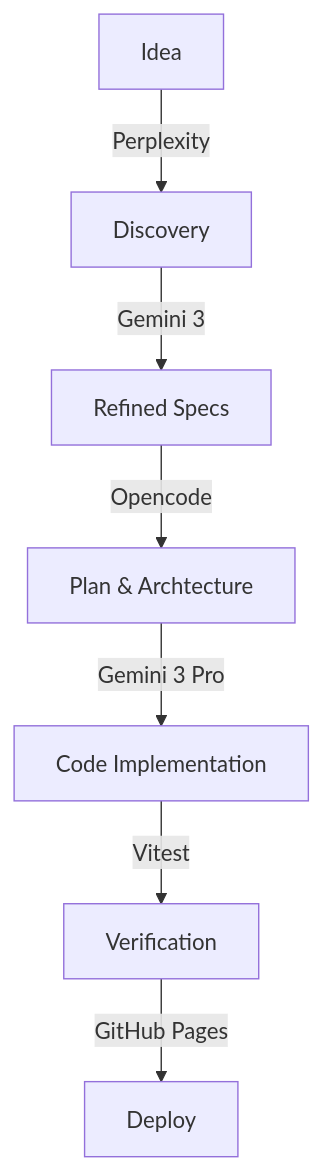
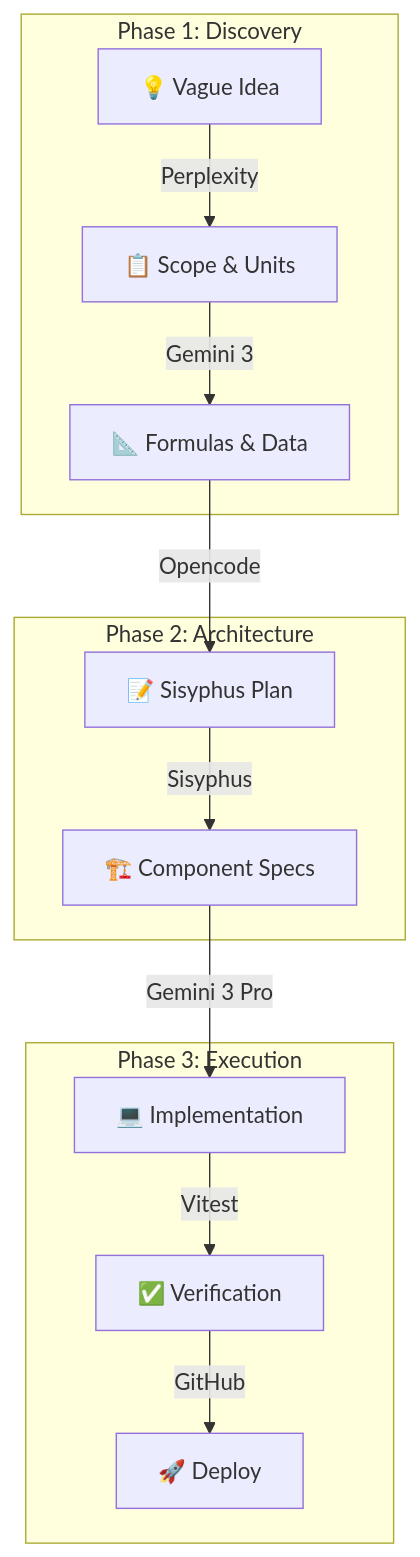
One commit to S33G/www changed the diagram in src/content/blog/units-app.mdx. Above: the diagram before and after it, drawn with Mermaid. The commit also changed other lines of this file and 19 other files, not shown here.

````diff
--- a/src/content/blog/units-app.mdx
+++ b/src/content/blog/units-app.mdx
@@ -41,9 +27,18 @@
 ```mermaid
 flowchart TD
-    A[Idea] -->|Perplexity| B[Discovery]
-    B -->|Gemini 3| C[Refined Specs]
-    C -->|Opencode| D[Plan & Archtecture]
-    D -->|Gemini 3 Pro| E[Code Implementation]
-    E -->|Vitest| F[Verification]
-    F -->|GitHub Pages| G[Deploy]
+    subgraph P1 [Phase 1: Discovery]
+        Idea[💡 Vague Idea] -->|Perplexity| List[📋 Scope & Units]
+        List -->|Gemini 3| Math[📐 Formulas & Data]
+    end
+
+    subgraph P2 [Phase 2: Architecture]
+        Math -->|Opencode| Plan[📝 Sisyphus Plan]
+        Plan -->|Sisyphus| Arch[🏗️ Component Specs]
+    end
+
+    subgraph P3 [Phase 3: Execution]
+        Arch -->|Gemini 3 Pro| Code[💻 Implementation]
+        Code -->|Vitest| Test[✅ Verification]
+        Test -->|GitHub| Ship[🚀 Deploy]
+    end
 ```
````
